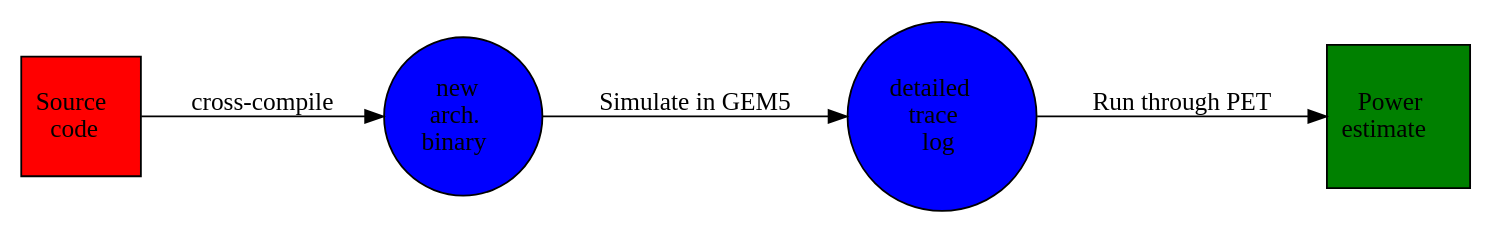
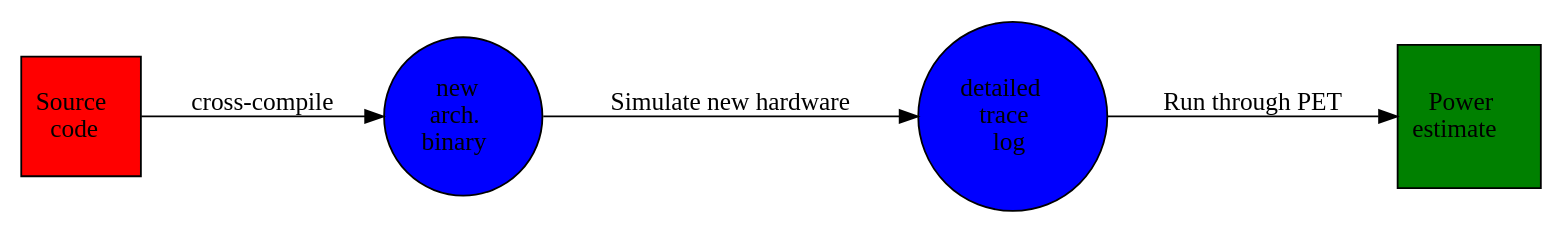
The diagram in report/figs/pet-workflow.gv (terjr/thesis), drawn with Graphviz before and after one commit. The commit also changed 1 other file, not shown here.

```diff
--- a/report/figs/pet-workflow.gv
+++ b/report/figs/pet-workflow.gv
@@ -1,12 +1,12 @@
 digraph workflow {
     rankdir = LR;
     node [shape="circle",style="filled",fillcolor="blue"]
         source [shape="square",fillcolor="red",label=<Source<br/>code>]
         binary  [label=<new<br/>arch.<br/>binary>]
         source->binary [label="cross-compile"]
         trace  [label=<detailed<br/>trace<br/>log>]
         data   [shape="square",fillcolor="green",label=<Power<br/>estimate>]
         trace->data [label="Run through PET"]
-        binary->trace [label="Simulate in GEM5"]
+        binary->trace [label="Simulate new hardware"]
 
 }
```
